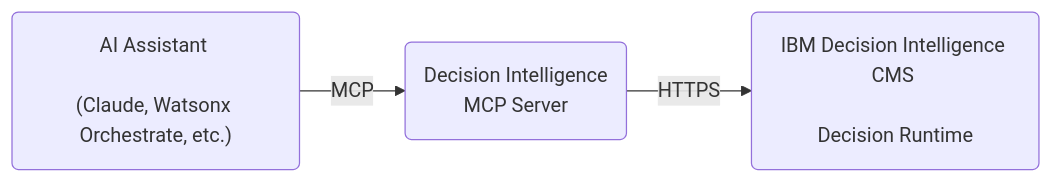
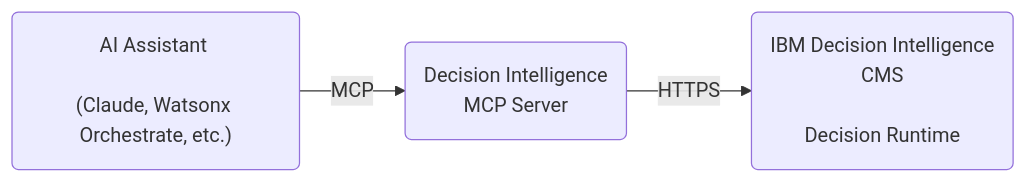
The first of 2 diagrams in README.md (DecisionsDev/ibm-decision-intelligence-mcp-server), drawn with Mermaid before and after one commit.

Commit message:
docs: fix line break in runtime label of README diagram

````diff
--- a/README.md
+++ b/README.md
@@ -5,5 +5,5 @@
 ```mermaid
 flowchart LR
    client("AI Assistant <br><br>(Claude, Watsonx Orchestrate, etc.)") -- MCP --> server("Decision Intelligence<br>MCP Server")
-   server -- HTTPS --> runtime("IBM Decision Intelligence CMS <br><br>Decision Runtime")
+   server -- HTTPS --> runtime("IBM Decision Intelligence<br> CMS <br><br>Decision Runtime")
 ```
````
